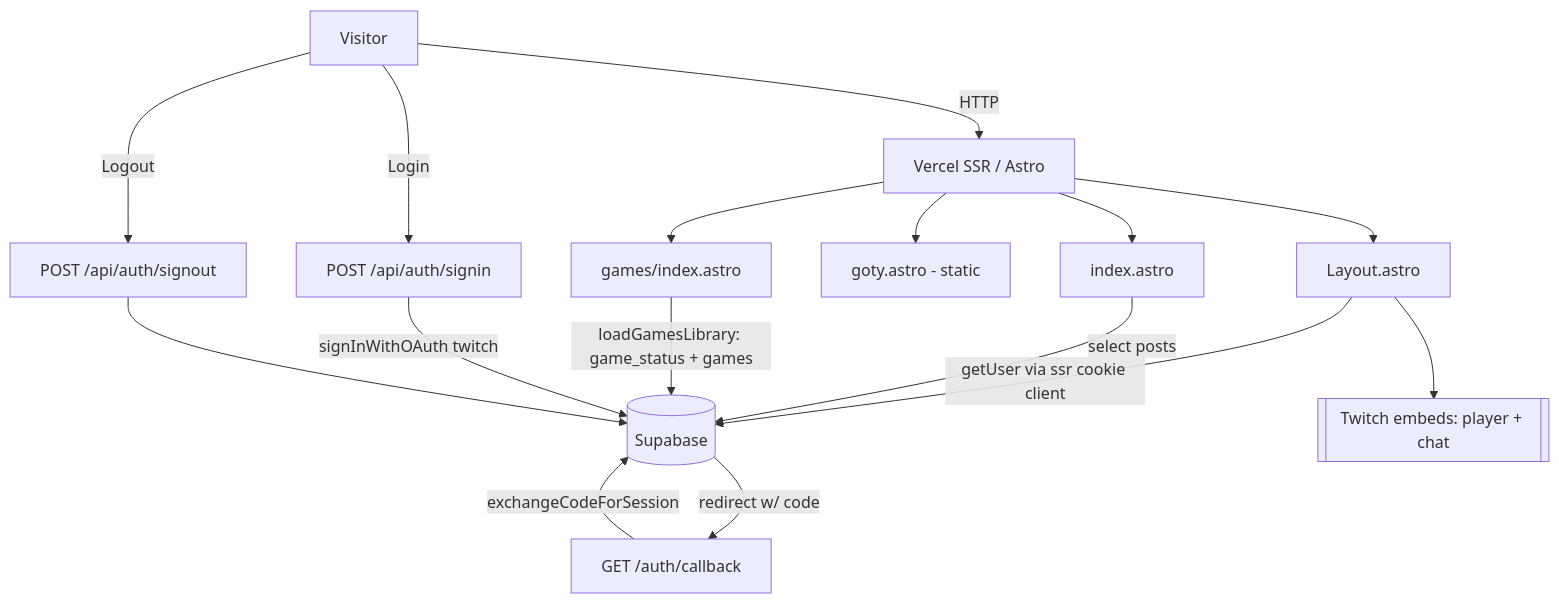
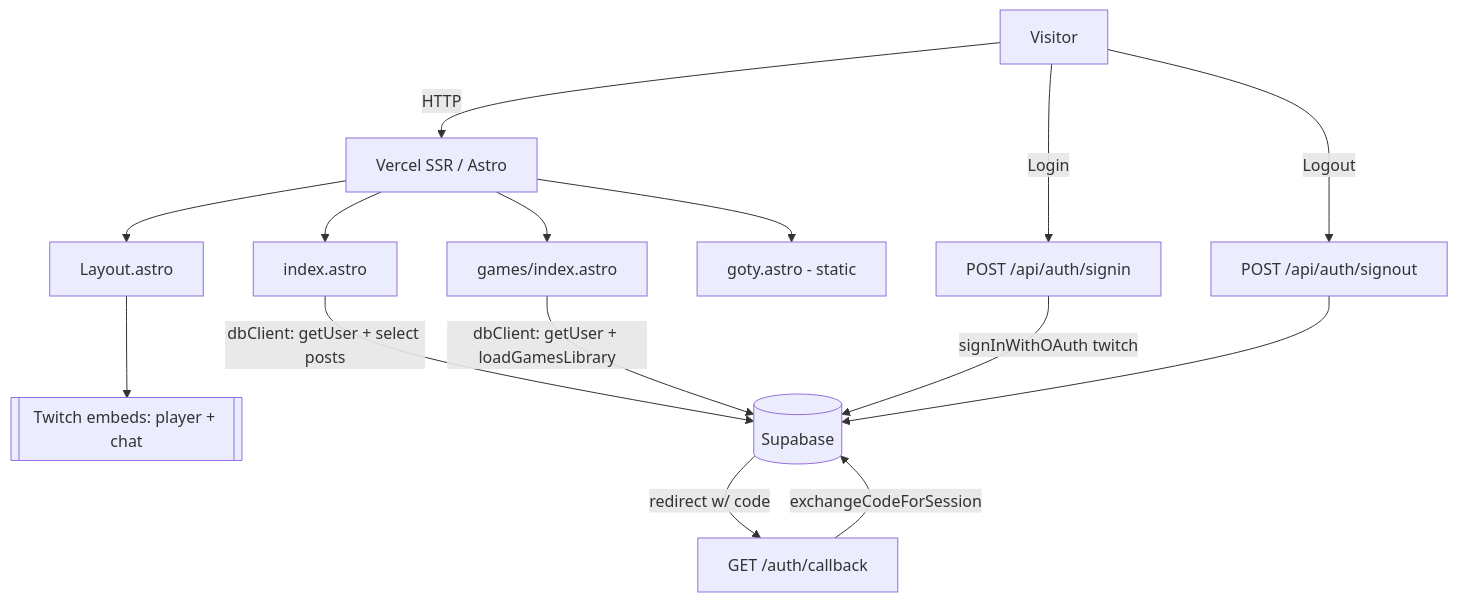
One commit to danygq/knekro-hub changed the diagram in ARCHITECTURE.md. Above: the diagram before and after it, drawn with Mermaid. The commit also changed other lines of this file and 10 other files, not shown here.

````diff
--- a/ARCHITECTURE.md
+++ b/ARCHITECTURE.md
@@ -14,13 +14,12 @@
 ```mermaid
 flowchart TD
   U[Visitor] -->|HTTP| V[Vercel SSR / Astro]
   V --> L[Layout.astro]
-  L -->|getUser via ssr cookie client| SB[(Supabase)]
-  V --> Pi[index.astro] -->|select posts| SB
-  V --> Pg[games/index.astro] -->|loadGamesLibrary: game_status + games| SB
+  V --> Pi[index.astro] -->|dbClient: getUser + select posts| SB[(Supabase)]
+  V --> Pg[games/index.astro] -->|dbClient: getUser + loadGamesLibrary| SB
   V --> Pgo[goty.astro - static]
   U -->|Login| AS[POST /api/auth/signin] -->|signInWithOAuth twitch| SB
   SB -->|redirect w/ code| CB[GET /auth/callback] -->|exchangeCodeForSession| SB
   U -->|Logout| AO[POST /api/auth/signout] --> SB
   L --> TW[[Twitch embeds: player + chat]]
 ```
````
